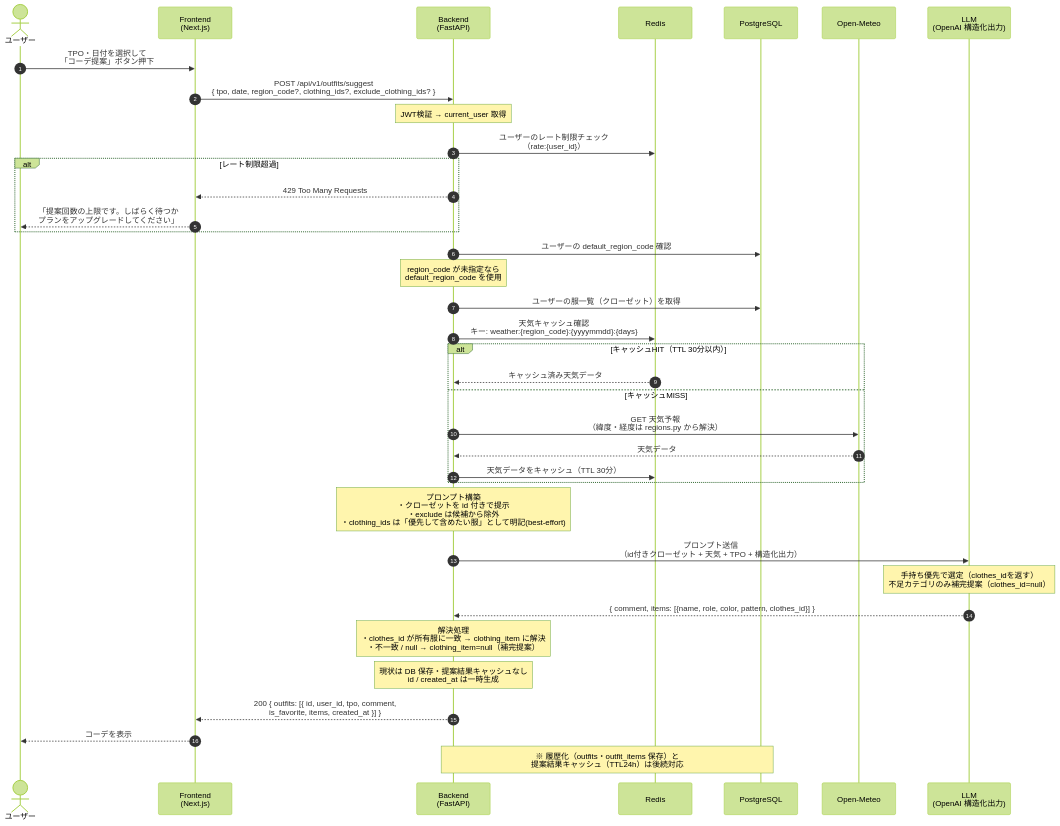
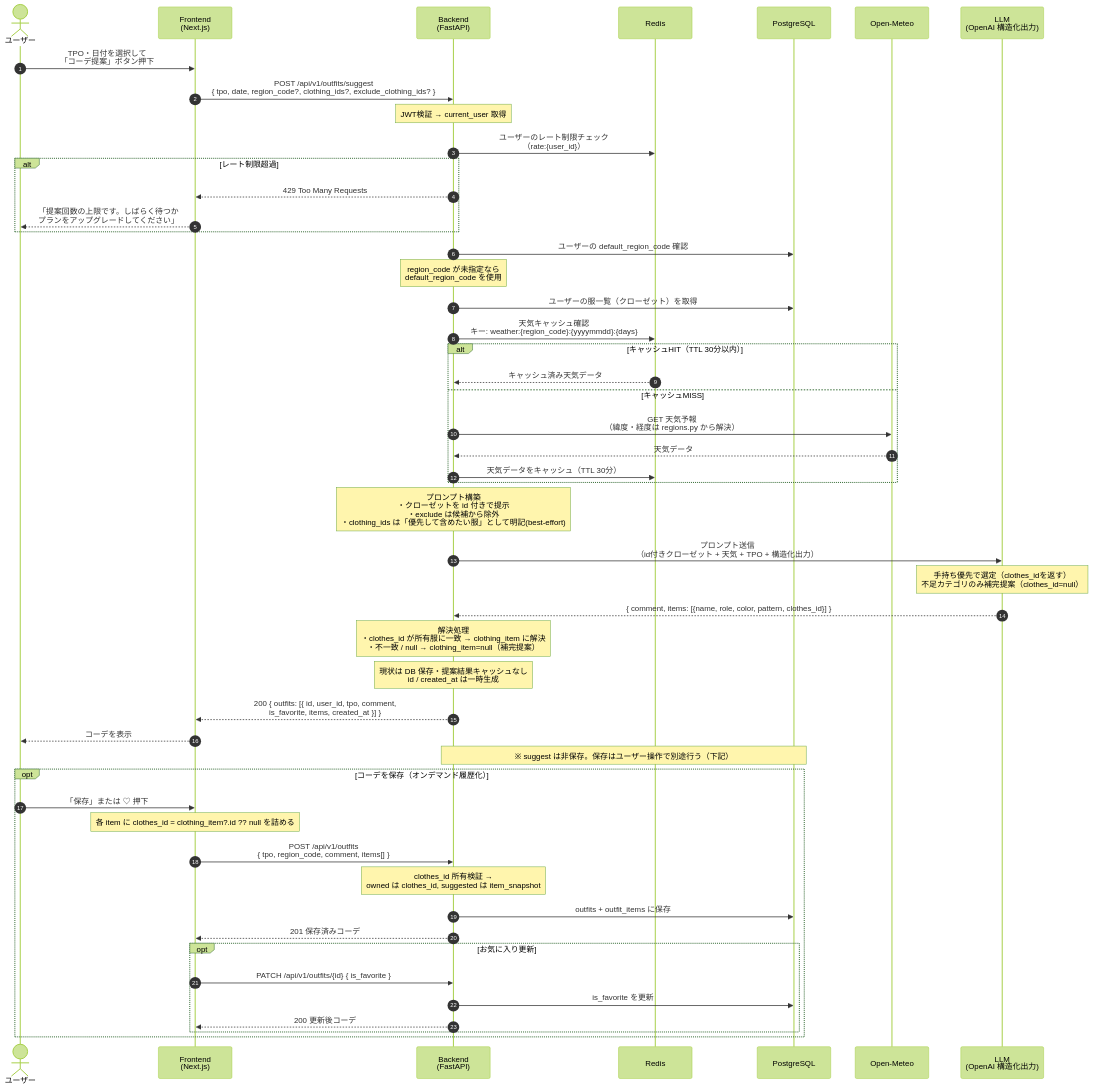
The first of 3 diagrams in docs/sequence-diagrams.md (ms-engineer-bc26-01/teamB_section_9), drawn with Mermaid (forest theme) before and after one commit. The commit also changed 13 other files, not shown here.

````diff
--- a/docs/sequence-diagrams.md
+++ b/docs/sequence-diagrams.md
@@ -5,50 +5,64 @@
 ```mermaid
 sequenceDiagram
     autonumber
     actor User as ユーザー
     participant FE as Frontend<br/>(Next.js)
     participant BE as Backend<br/>(FastAPI)
     participant Redis
     participant DB as PostgreSQL
     participant Weather as Open-Meteo
     participant LLM as LLM<br/>(OpenAI 構造化出力)
 
     User->>FE: TPO・日付を選択して<br/>「コーデ提案」ボタン押下
 
     FE->>BE: POST /api/v1/outfits/suggest<br/>{ tpo, date, region_code?, clothing_ids?, exclude_clothing_ids? }
     Note over BE: JWT検証 → current_user 取得
 
     BE->>Redis: ユーザーのレート制限チェック<br/>（rate:{user_id}）
     alt レート制限超過
         BE-->>FE: 429 Too Many Requests
         FE-->>User: 「提案回数の上限です。しばらく待つか<br/>プランをアップグレードしてください」
     end
 
     BE->>DB: ユーザーの default_region_code 確認
     Note over BE: region_code が未指定なら<br/>default_region_code を使用
 
     BE->>DB: ユーザーの服一覧（クローゼット）を取得
 
     BE->>Redis: 天気キャッシュ確認<br/>キー: weather:{region_code}:{yyyymmdd}:{days}
     alt キャッシュHIT（TTL 30分以内）
         Redis-->>BE: キャッシュ済み天気データ
     else キャッシュMISS
         BE->>Weather: GET 天気予報<br/>（緯度・経度は regions.py から解決）
         Weather-->>BE: 天気データ
         BE->>Redis: 天気データをキャッシュ（TTL 30分）
     end
 
     Note over BE: プロンプト構築<br/>・クローゼットを id 付きで提示<br/>・exclude は候補から除外<br/>・clothing_ids は「優先して含めたい服」として明記(best-effort)
 
     BE->>LLM: プロンプト送信<br/>（id付きクローゼット + 天気 + TPO + 構造化出力）
     Note over LLM: 手持ち優先で選定（clothes_idを返す）<br/>不足カテゴリのみ補完提案（clothes_id=null）
     LLM-->>BE: { comment, items: [{name, role, color, pattern, clothes_id}] }
 
     Note over BE: 解決処理<br/>・clothes_id が所有服に一致 → clothing_item に解決<br/>・不一致 / null → clothing_item=null（補完提案）
 
     Note over BE: 現状は DB 保存・提案結果キャッシュなし<br/>id / created_at は一時生成
     BE-->>FE: 200 { outfits: [{ id, user_id, tpo, comment,<br/>is_favorite, items, created_at }] }
     FE-->>User: コーデを表示
 
-    Note over BE,DB: ※ 履歴化（outfits・outfit_items 保存）と<br/>提案結果キャッシュ（TTL24h）は後続対応
+    Note over BE,DB: ※ suggest は非保存。保存はユーザー操作で別途行う（下記）
+
+    opt コーデを保存（オンデマンド履歴化）
+        User->>FE: 「保存」または ♡ 押下
+        Note over FE: 各 item に clothes_id = clothing_item?.id ?? null を詰める
+        FE->>BE: POST /api/v1/outfits<br/>{ tpo, region_code, comment, items[] }
+        Note over BE: clothes_id 所有検証 →<br/>owned は clothes_id, suggested は item_snapshot
+        BE->>DB: outfits + outfit_items に保存
+        BE-->>FE: 201 保存済みコーデ
+        opt お気に入り更新
+            FE->>BE: PATCH /api/v1/outfits/{id} { is_favorite }
+            BE->>DB: is_favorite を更新
+            BE-->>FE: 200 更新後コーデ
+        end
+    end
 ```
````
